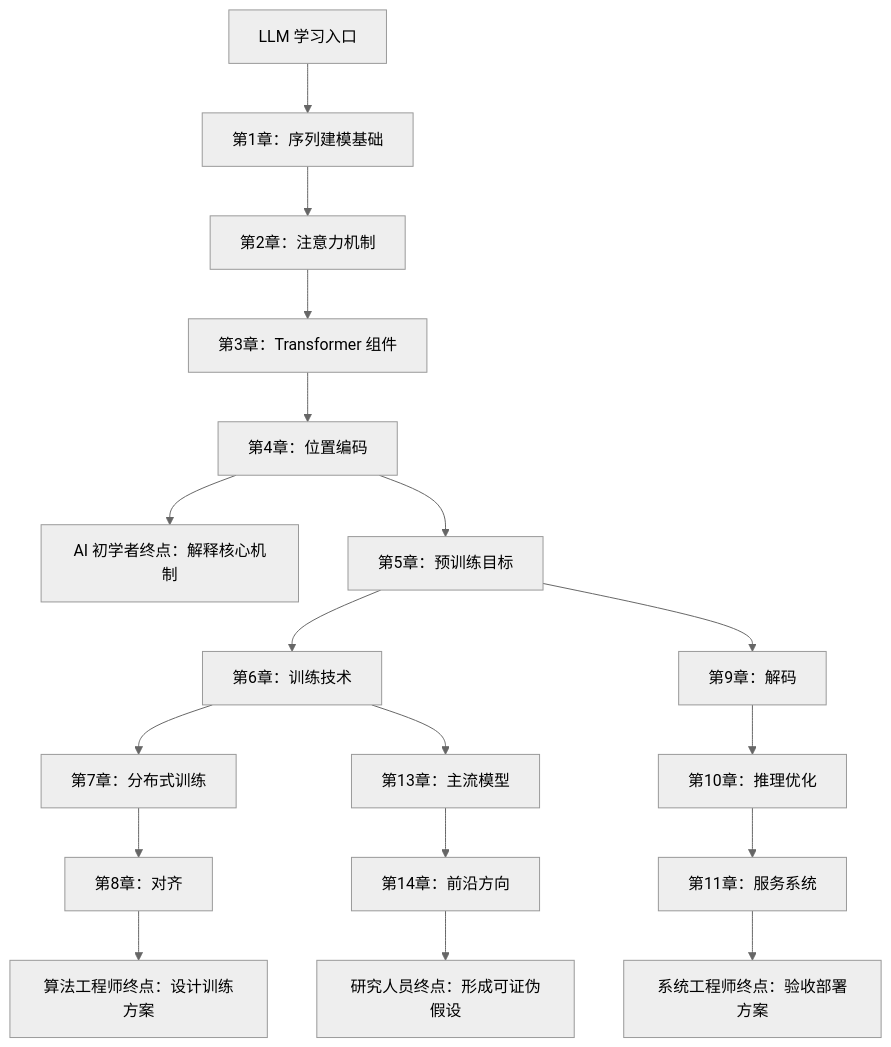
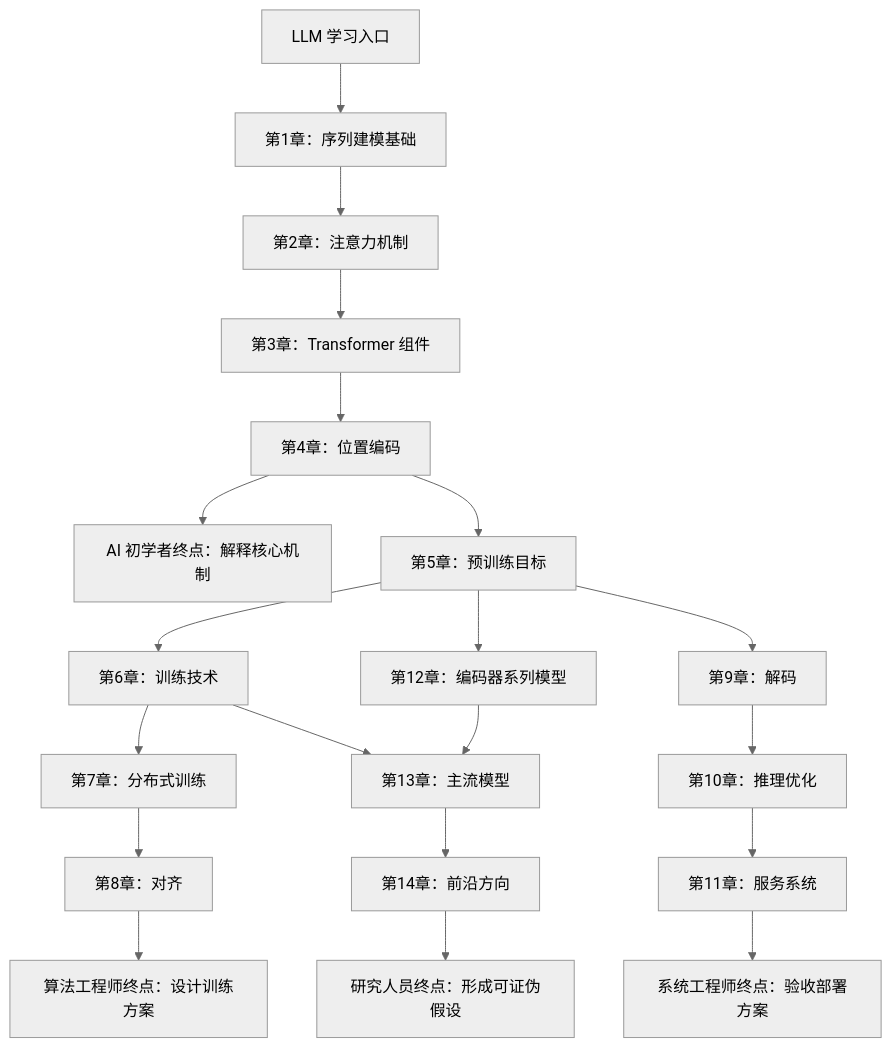
The diagram in README.md (yeasy/llm_internals), drawn with Mermaid (neutral theme) before and after one commit. The commit also changed other lines of this file and 80 other files, not shown here.

````diff
--- a/README.md
+++ b/README.md
@@ -76,23 +77,25 @@
 ```mermaid
 graph TD
     Start["LLM 学习入口"] --> Ch1["第1章：序列建模基础"]
     Ch1 --> Ch2["第2章：注意力机制"]
     Ch2 --> Ch3["第3章：Transformer 组件"]
     Ch3 --> Ch4["第4章：位置编码"]
     Ch4 --> Beginner["AI 初学者终点：解释核心机制"]
 
     Ch4 --> Ch5["第5章：预训练目标"]
     Ch5 --> Ch6["第6章：训练技术"]
     Ch6 --> Ch7["第7章：分布式训练"]
     Ch7 --> Ch8["第8章：对齐"]
     Ch8 --> Algorithm["算法工程师终点：设计训练方案"]
 
     Ch5 --> Ch9["第9章：解码"]
     Ch9 --> Ch10["第10章：推理优化"]
     Ch10 --> Ch11["第11章：服务系统"]
     Ch11 --> Systems["系统工程师终点：验收部署方案"]
 
+    Ch5 --> Ch12["第12章：编码器系列模型"]
     Ch6 --> Ch13["第13章：主流模型"]
+    Ch12 --> Ch13
     Ch13 --> Ch14["第14章：前沿方向"]
     Ch14 --> Research["研究人员终点：形成可证伪假设"]
 ```
````
